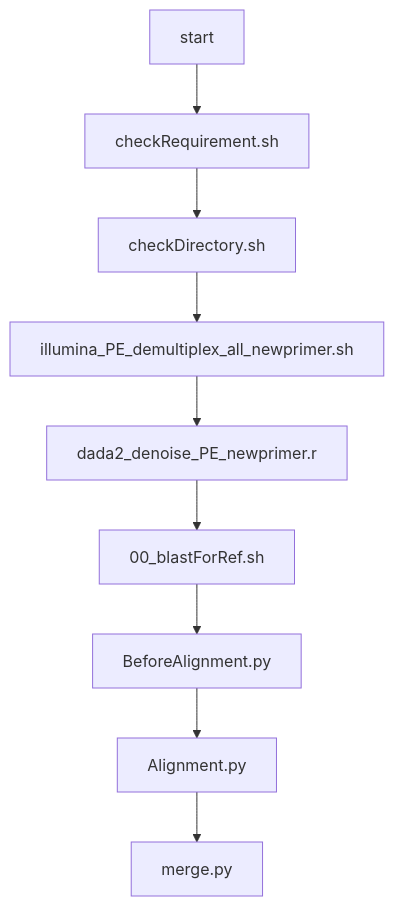
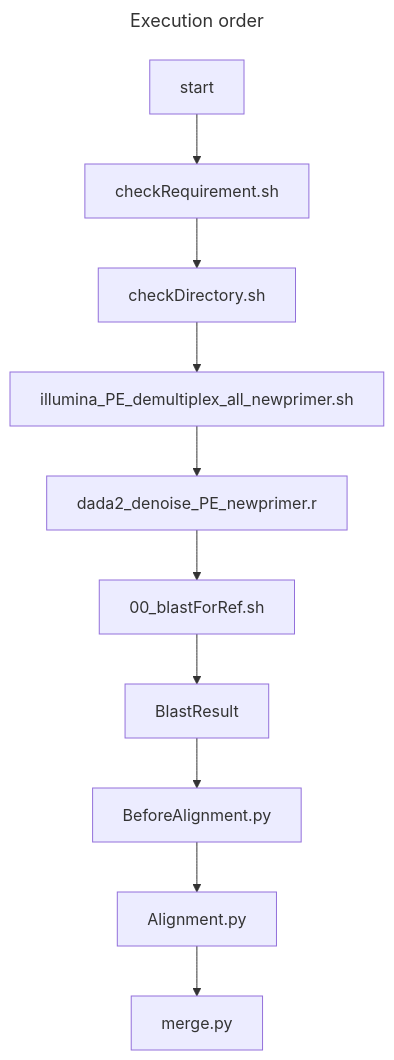
The first of 2 diagrams in main/readme.md (PowerBarcoder/PowerBarcoder), drawn with Mermaid before and after one commit. The commit also changed other lines of this file, not shown here.

````diff
--- a/main/readme.md
+++ b/main/readme.md
@@ -59,11 +59,15 @@
 ```mermaid
+---
+title: Execution order
+---
  graph TD
     A[start] -->B[checkRequirement.sh]
     B --> C[checkDirectory.sh]
     C --> D[illumina_PE_demultiplex_all_newprimer.sh]
     D --> E[dada2_denoise_PE_newprimer.r]
-    E -->F[00_blastForRef.sh]
-    F --> G[BeforeAlignment.py]
-    G --> H[Alignment.py]
-    H --> I[merge.py]
+    E --> F[00_blastForRef.sh]
+    F --> G[BlastResult]
+    G --> H[BeforeAlignment.py]
+    H --> I[Alignment.py]
+    I --> J[merge.py]
 ```
````
